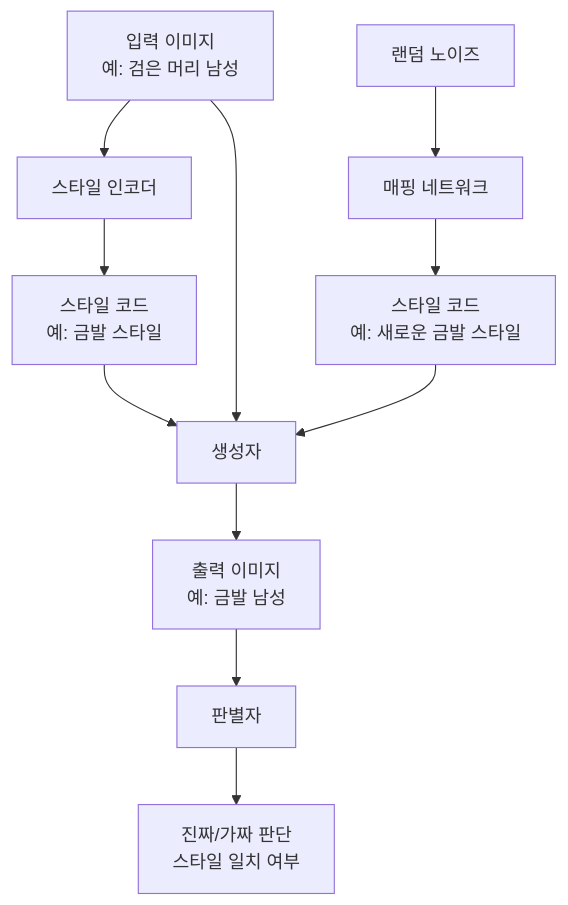
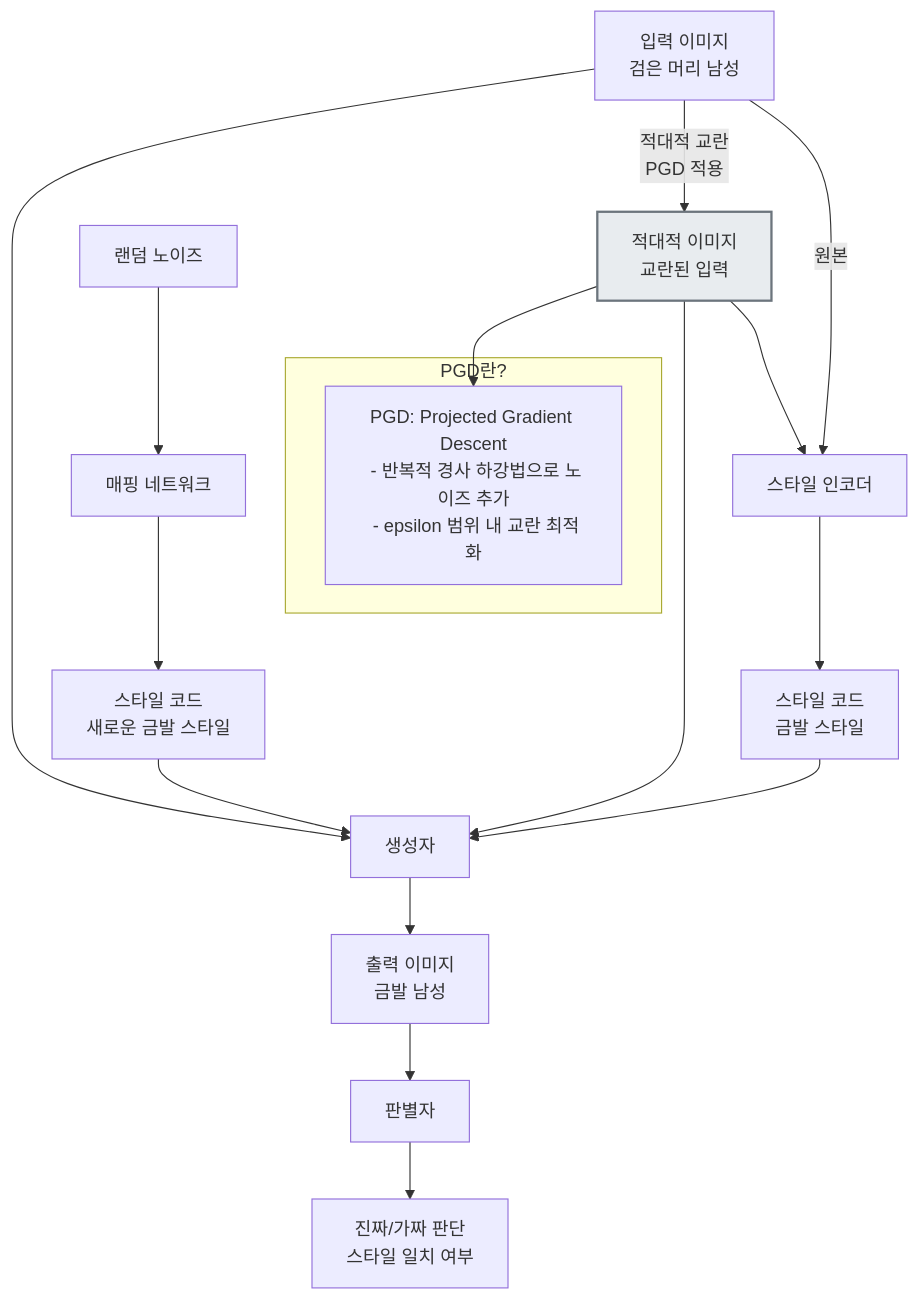
One commit to hyundairotemai2/AIFAKER changed the first of 5 diagrams in README.md. Above: the diagram before and after it, drawn with Mermaid.

````diff
--- a/README.md
+++ b/README.md
@@ -26,16 +26,33 @@
 ```mermaid
 graph TD
-    A[입력 이미지<br>예: 검은 머리 남성] --> B[스타일 인코더]
-    B --> C[스타일 코드<br>예: 금발 스타일]
+    %% 입력 및 적대적 공격
+    A[입력 이미지<br>검은 머리 남성] -->|원본| B[스타일 인코더]
+    A -->|적대적 교란<br>PGD 적용| A_adv[적대적 이미지<br>교란된 입력]
+    A_adv --> B
     
+    %% 스타일 코드 생성
+    B --> C[스타일 코드<br>금발 스타일]
     D[랜덤 노이즈] --> E[매핑 네트워크]
-    E --> F[스타일 코드<br>예: 새로운 금발 스타일]
+    E --> F[스타일 코드<br>새로운 금발 스타일]
     
-    C --> G[생성자]
+    %% 이미지 생성
+    A --> G[생성자]
+    A_adv --> G
+    C --> G
     F --> G
-    A --> G
     
-    G --> H[출력 이미지<br>예: 금발 남성]
+    %% 판별 과정
+    G --> H[출력 이미지<br>금발 남성]
     H --> I[판별자]
     I --> J[진짜/가짜 판단<br>스타일 일치 여부]
+
+    %% 스타일 강조
+    classDef attack fill:#e8ecef,stroke:#6c757d,stroke-width:2px;
+    class A_adv attack;
+
+    %% PGD 주석
+    subgraph PGD란?
+        Note[PGD: Projected Gradient Descent<br> - 반복적 경사 하강법으로 노이즈 추가<br> - epsilon 범위 내 교란 최적화]
+    end
+    A_adv --> Note
 ```
````
